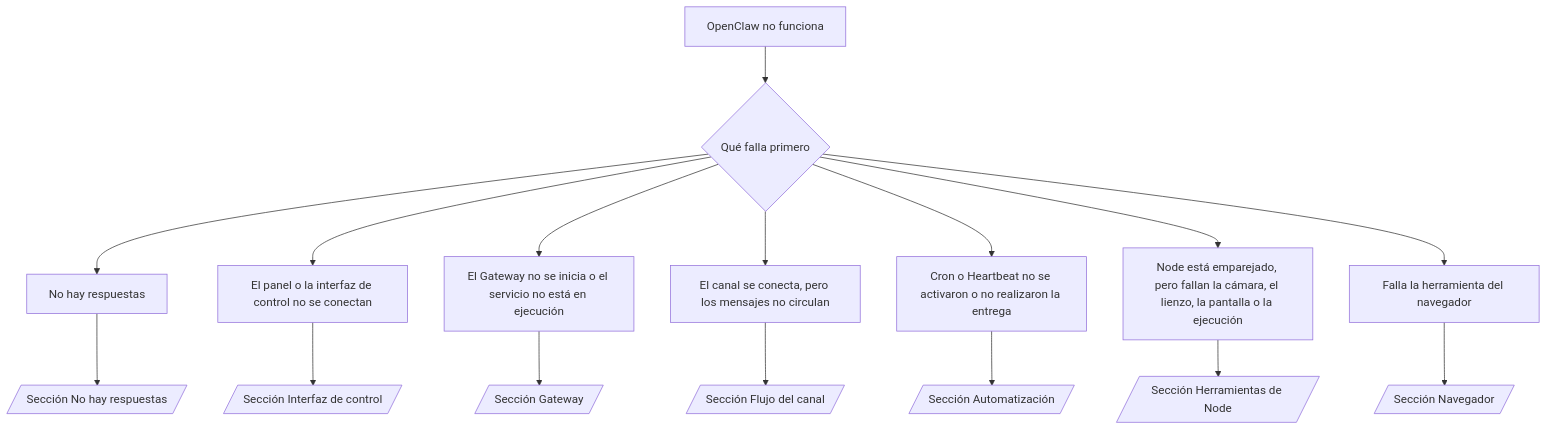
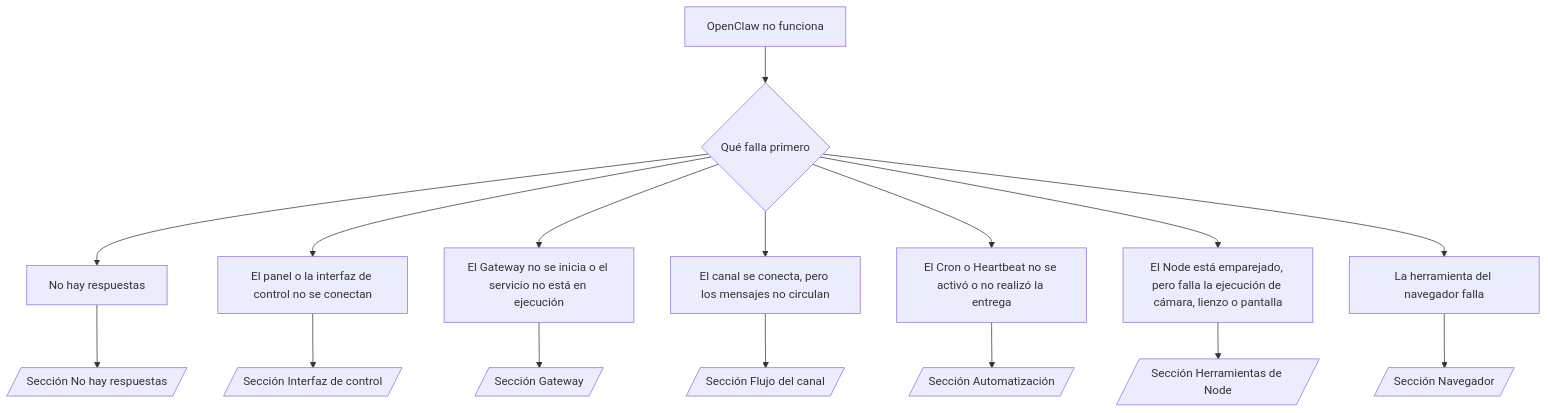
The diagram in docs/es/help/troubleshooting.md (openclaw/docs), drawn with Mermaid before and after one commit. The commit also changed other lines of this file and 345 other files, not shown here.

````diff
--- a/docs/es/help/troubleshooting.md
+++ b/docs/es/help/troubleshooting.md
@@ -191,19 +193,19 @@
 ```mermaid
 flowchart TD
   A[OpenClaw no funciona] --> B{Qué falla primero}
   B --> C[No hay respuestas]
   B --> D[El panel o la interfaz de control no se conectan]
   B --> E[El Gateway no se inicia o el servicio no está en ejecución]
   B --> F[El canal se conecta, pero los mensajes no circulan]
-  B --> G[Cron o Heartbeat no se activaron o no realizaron la entrega]
-  B --> H[Node está emparejado, pero fallan la cámara, el lienzo, la pantalla o la ejecución]
-  B --> I[Falla la herramienta del navegador]
+  B --> G[El Cron o Heartbeat no se activó o no realizó la entrega]
+  B --> H[El Node está emparejado, pero falla la ejecución de cámara, lienzo o pantalla]
+  B --> I[La herramienta del navegador falla]
 
   C --> C1[/Sección No hay respuestas/]
   D --> D1[/Sección Interfaz de control/]
   E --> E1[/Sección Gateway/]
   F --> F1[/Sección Flujo del canal/]
   G --> G1[/Sección Automatización/]
   H --> H1[/Sección Herramientas de Node/]
   I --> I1[/Sección Navegador/]
 ```
````
